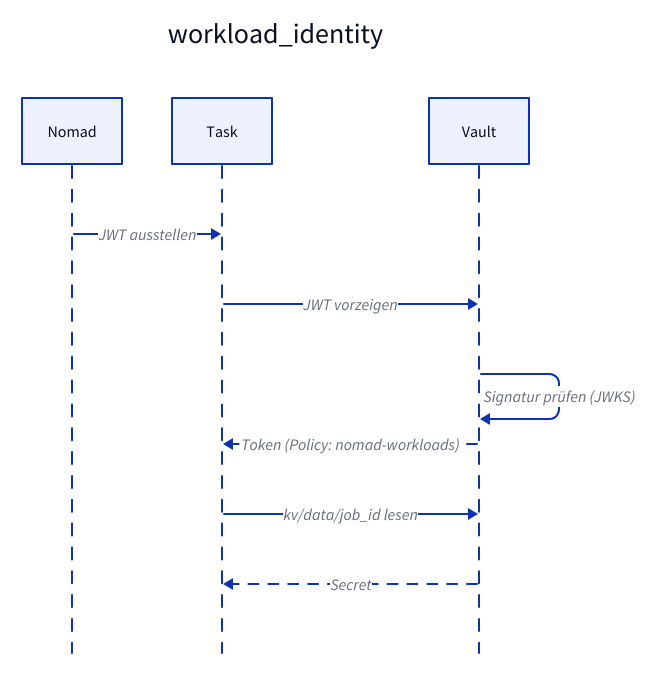
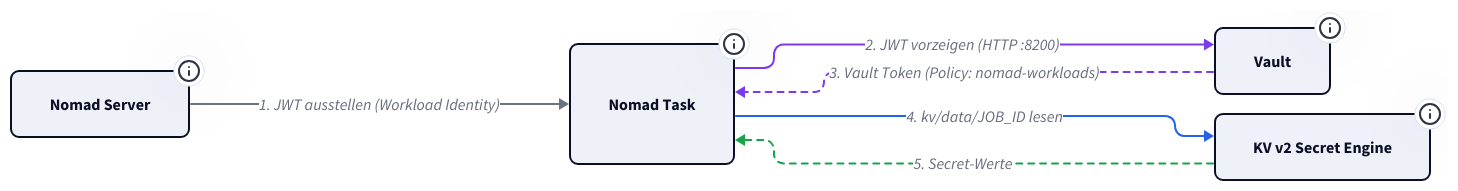
Before and after one commit to derever-labs/homelab-wiki: the second of 2 diagrams in docs/vault/index.md, drawn with D2. The commit also changed other lines of this file and 6 other files, not shown here.

Commit message:
refactor(diagrams): D2 auf vars/classes/Tooltips vereinheitlicht

````diff
--- a/docs/vault/index.md
+++ b/docs/vault/index.md
@@ -68,16 +128,64 @@
 ```d2
-workload_identity: {
-  shape: sequence_diagram
+vars: {
+  d2-config: {
+    theme-id: 1
+    layout-engine: elk
+  }
+}
 
-  Nomad: Nomad
-  Task: Task
-  Vault: Vault
+classes: {
+  node: { style: { border-radius: 8 } }
+}
 
-  Nomad -> Task: "JWT ausstellen"
-  Task -> Vault: "JWT vorzeigen"
-  Vault -> Vault: "Signatur prüfen (JWKS)"
-  Vault -> Task: "Token (Policy: nomad-workloads)" { style.stroke-dash: 5 }
-  Task -> Vault: "kv/data/job_id lesen"
-  Vault -> Task: Secret { style.stroke-dash: 5 }
+direction: right
+
+Nomad: Nomad Server {
+  class: node
+  tooltip: "Stellt beim Task-Start automatisch ein signiertes JWT aus (Workload Identity)"
+}
+
+Task: Nomad Task {
+  class: node
+  tooltip: "Container mit vault-Stanza und identity-Block (env = true, file = true)"
+}
+
+Vault: Vault {
+  class: node
+  tooltip: "JWT Auth Method validiert die Signatur gegen Nomads JWKS-Endpoint"
+}
+
+KV: KV v2 Secret Engine {
+  class: node
+  tooltip: "Pfad-Konvention: kv/data/JOB_ID -- Policy nomad-workloads beschraenkt Zugriff auf eigenen Pfad"
+}
+
+# 1. JWT ausstellen
+Nomad -> Task: 1. JWT ausstellen (Workload Identity) {
+  style.stroke: "#6b7280"
+}
+
+# 2. JWT an Vault vorzeigen
+Task -> Vault: 2. JWT vorzeigen (HTTP :8200) {
+  style.stroke: "#7c3aed"
+  tooltip: "Task authentifiziert sich mit dem JWT -- kein statischer Token noetig"
+}
+
+# 3. Vault validiert und gibt Token
+Vault -> Task: 3. Vault Token (Policy: nomad-workloads) {
+  style.stroke-dash: 3
+  style.stroke: "#7c3aed"
+  tooltip: "Vault prueft JWT-Signatur via Nomad JWKS, dann Token mit eingeschraenkter Policy"
+}
+
+# 4. Secrets lesen
+Task -> KV: 4. kv/data/JOB_ID lesen {
+  style.stroke: "#2563eb"
+  tooltip: "Task liest nur Secrets unter seinem eigenen Job-Pfad"
+}
+
+# 5. Secret-Werte zurueck
+KV -> Task: 5. Secret-Werte {
+  style.stroke-dash: 3
+  style.stroke: "#16a34a"
 }
 ```
````
